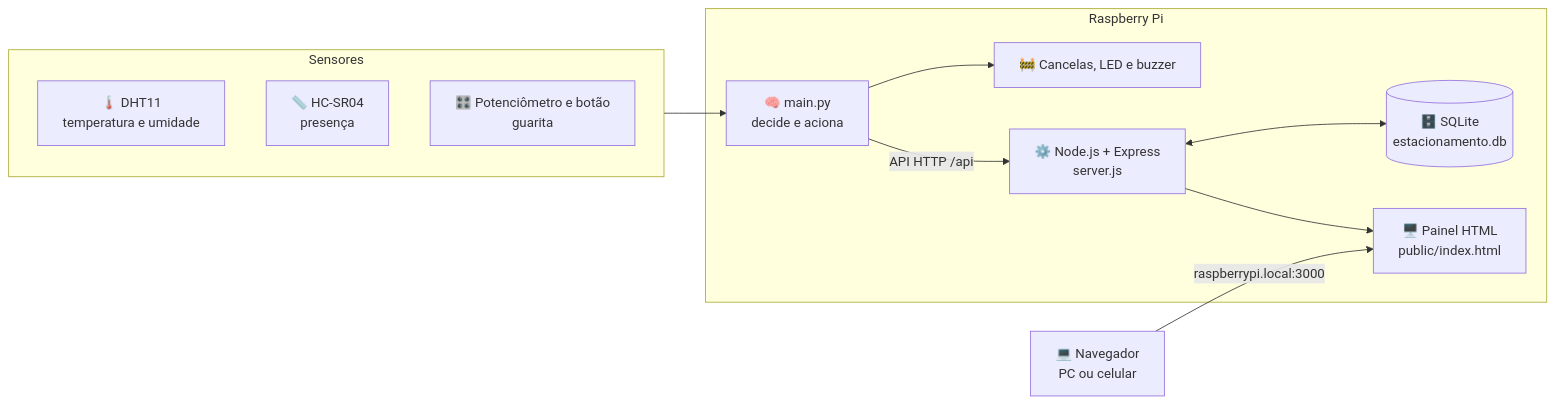
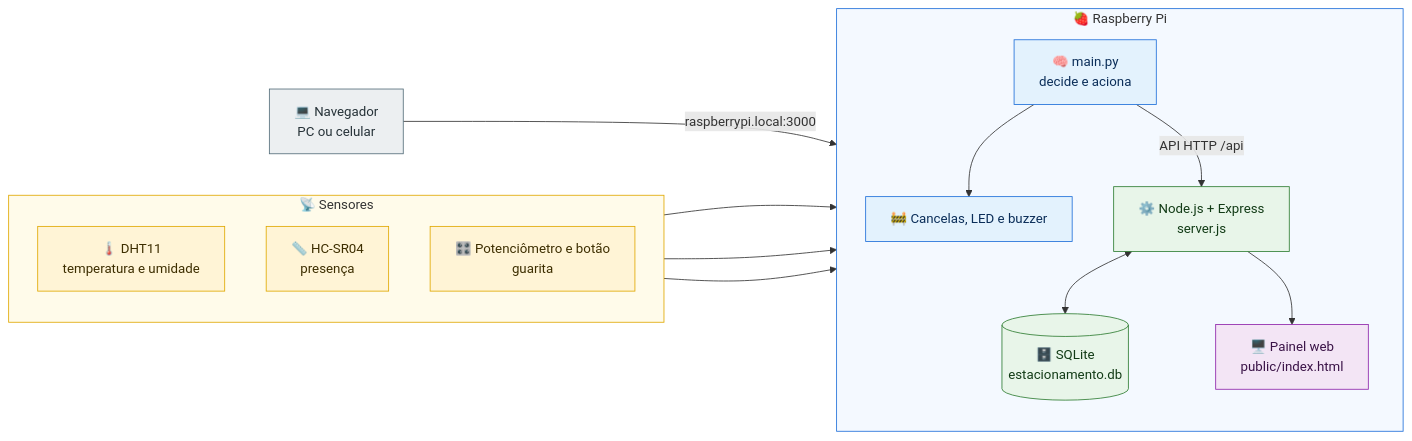
The diagram in README.md (kakashinho/projeto-raspberrypi), drawn with Mermaid before and after one commit. The commit also changed other lines of this file, not shown here.

````diff
--- a/README.md
+++ b/README.md
@@ -51,23 +42,42 @@
 ```mermaid
 flowchart LR
-  subgraph Sensores
-    DHT[🌡️ DHT11<br/>temperatura e umidade]
-    US[📏 HC-SR04<br/>presença]
-    POT[🎛️ Potenciômetro e botão<br/>guarita]
+  subgraph S["📡 Sensores"]
+    direction TB
+    DHT["🌡️ DHT11<br/>temperatura e umidade"]
+    US["📏 HC-SR04<br/>presença"]
+    POT["🎛️ Potenciômetro e botão<br/>guarita"]
   end
-  subgraph Raspberry Pi
-    MAIN[🧠 main.py<br/>decide e aciona]
-    CANC[🚧 Cancelas, LED e buzzer]
-    NODE[⚙️ Node.js + Express<br/>server.js]
-    DB[(🗄️ SQLite<br/>estacionamento.db)]
-    PAINEL[🖥️ Painel HTML<br/>public/index.html]
+
+  subgraph R["🍓 Raspberry Pi"]
+    direction TB
+    MAIN["🧠 main.py<br/>decide e aciona"]
+    CANC["🚧 Cancelas, LED e buzzer"]
+    NODE["⚙️ Node.js + Express<br/>server.js"]
+    DB[("🗄️ SQLite<br/>estacionamento.db")]
+    PAINEL["🖥️ Painel web<br/>public/index.html"]
   end
-  NAV[💻 Navegador<br/>PC ou celular]
 
-  Sensores --> MAIN
+  NAV["💻 Navegador<br/>PC ou celular"]
+
+  DHT --> MAIN
+  US --> MAIN
+  POT --> MAIN
   MAIN --> CANC
   MAIN -- "API HTTP /api" --> NODE
   NODE <--> DB
   NODE --> PAINEL
   NAV -- "raspberrypi.local:3000" --> PAINEL
+
+  classDef sensor fill:#FFF4D6,stroke:#E0A800,color:#3D2E00
+  classDef pi fill:#E3F2FD,stroke:#1E6FD9,color:#0B2E59
+  classDef server fill:#E8F5E9,stroke:#2E7D32,color:#123B16
+  classDef painel fill:#F3E5F5,stroke:#8E24AA,color:#3A1347
+  classDef user fill:#ECEFF1,stroke:#546E7A,color:#263238
+  class DHT,US,POT sensor
+  class MAIN,CANC pi
+  class NODE,DB server
+  class PAINEL painel
+  class NAV user
+  style S fill:#FFFBEA,stroke:#E0A800
+  style R fill:#F4F9FF,stroke:#1E6FD9
 ```
````
